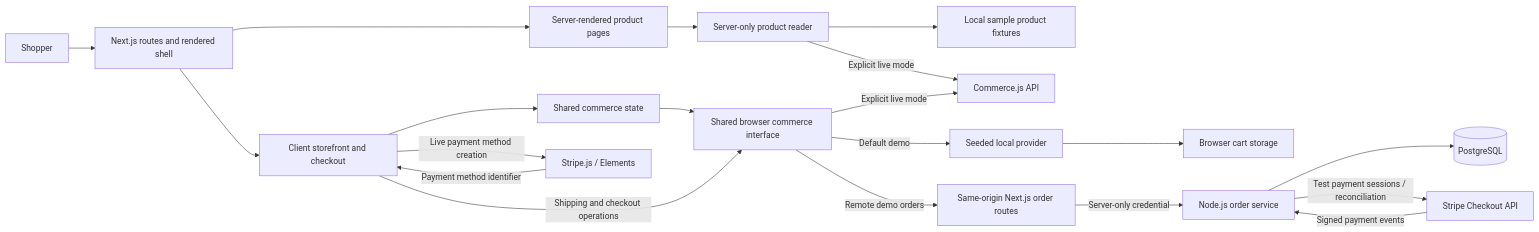
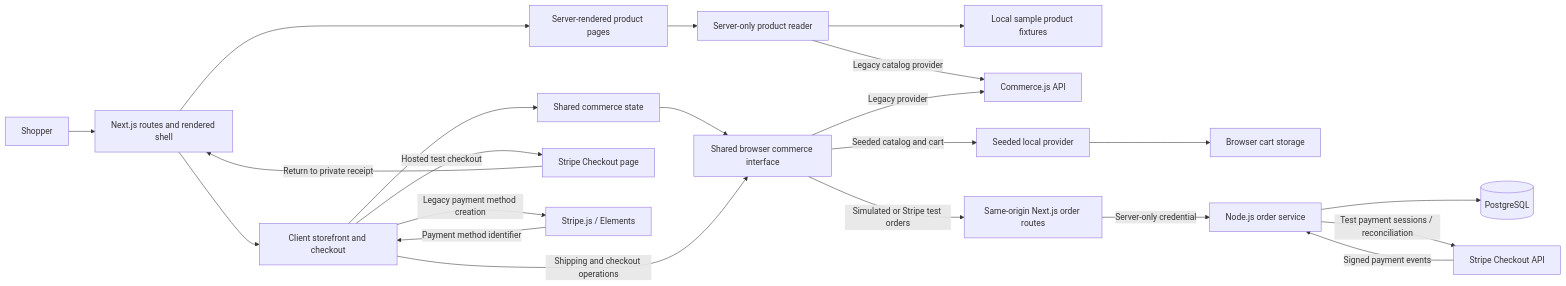
One commit to joydas65/Ecommerce-Store changed the diagram in README.md. Above: the diagram before and after it, drawn with Mermaid. The commit also changed other lines of this file and 2 other files, not shown here.

Commit message:
Document the verified public Stripe test release

````diff
--- a/README.md
+++ b/README.md
@@ -41,22 +41,24 @@
 ```mermaid
 flowchart LR
     Shopper[Shopper] --> Next[Next.js routes and rendered shell]
     Next --> Detail[Server-rendered product pages]
     Detail --> Reader[Server-only product reader]
     Reader --> Fixtures[Local sample product fixtures]
-    Reader -->|Explicit live mode| Commerce[Commerce.js API]
+    Reader -->|Legacy catalog provider| Commerce[Commerce.js API]
     Next --> UI[Client storefront and checkout]
     UI --> State[Shared commerce state]
     State --> Adapter[Shared browser commerce interface]
     UI -->|Shipping and checkout operations| Adapter
-    Adapter -->|Default demo| Demo[Seeded local provider]
+    Adapter -->|Seeded catalog and cart| Demo[Seeded local provider]
     Demo --> Cart[Browser cart storage]
-    Adapter -->|Remote demo orders| BFF[Same-origin Next.js order routes]
+    Adapter -->|Simulated or Stripe test orders| BFF[Same-origin Next.js order routes]
     BFF -->|Server-only credential| Orders[Node.js order service]
     Orders --> DB[(PostgreSQL)]
     Orders -->|Test payment sessions / reconciliation| StripeAPI[Stripe Checkout API]
     StripeAPI -->|Signed payment events| Orders
-    Adapter -->|Explicit live mode| Commerce[Commerce.js API]
-    UI -->|Live payment method creation| Stripe[Stripe.js / Elements]
+    UI -->|Hosted test checkout| Hosted[Stripe Checkout page]
+    Hosted -->|Return to private receipt| Next
+    Adapter -->|Legacy provider| Commerce[Commerce.js API]
+    UI -->|Legacy payment method creation| Stripe[Stripe.js / Elements]
     Stripe -->|Payment method identifier| UI
 ```
````
